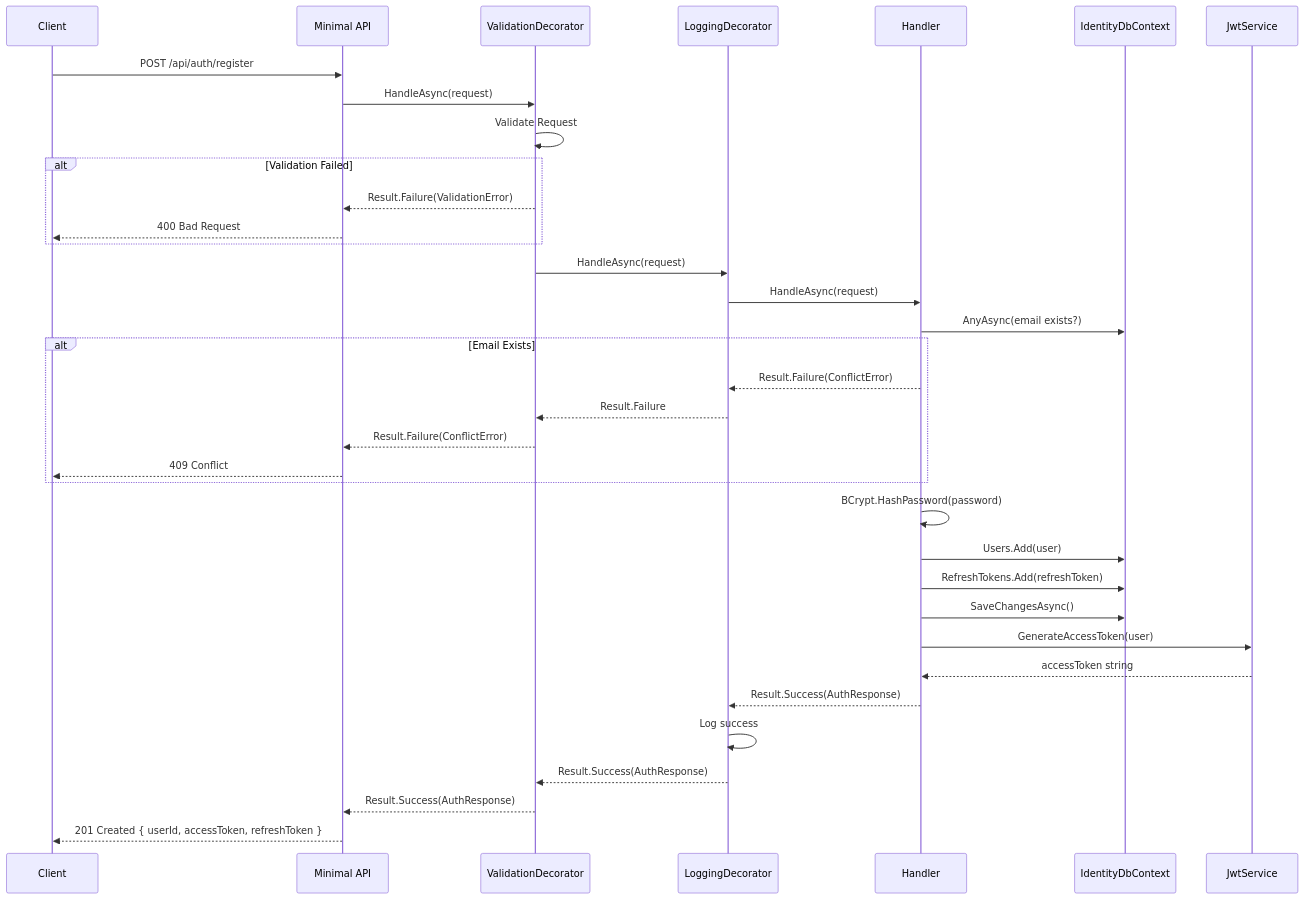
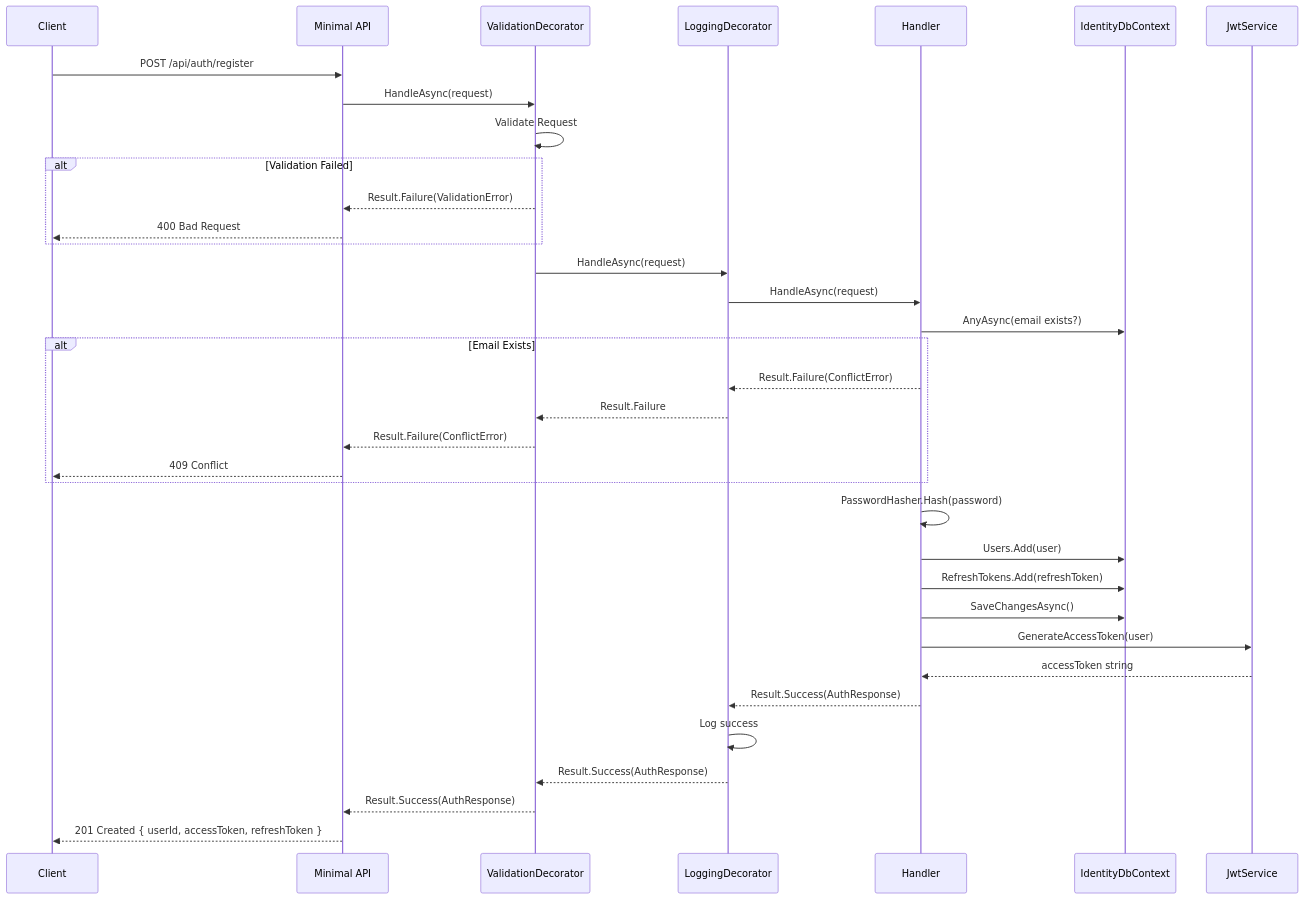
The first of 3 diagrams in docs/features/identity/register.md (AbanoubPhelopos/TailorCV), drawn with Mermaid before and after one commit. The commit also changed other lines of this file and 299 other files, not shown here.

````diff
--- a/docs/features/identity/register.md
+++ b/docs/features/identity/register.md
@@ -95,38 +95,38 @@
 ```mermaid
 sequenceDiagram
     participant C as Client
     participant API as Minimal API
     participant V as ValidationDecorator
     participant L as LoggingDecorator
     participant H as Handler
     participant DB as IdentityDbContext
     participant JWT as JwtService
 
     C->>API: POST /api/auth/register
     API->>V: HandleAsync(request)
     V->>V: Validate Request
     alt Validation Failed
         V-->>API: Result.Failure(ValidationError)
         API-->>C: 400 Bad Request
     end
     V->>L: HandleAsync(request)
     L->>H: HandleAsync(request)
     H->>DB: AnyAsync(email exists?)
     alt Email Exists
         H-->>L: Result.Failure(ConflictError)
         L-->>V: Result.Failure
         V-->>API: Result.Failure(ConflictError)
         API-->>C: 409 Conflict
     end
-    H->>H: BCrypt.HashPassword(password)
+    H->>H: PasswordHasher.Hash(password)
     H->>DB: Users.Add(user)
     H->>DB: RefreshTokens.Add(refreshToken)
     H->>DB: SaveChangesAsync()
     H->>JWT: GenerateAccessToken(user)
     JWT-->>H: accessToken string
     H-->>L: Result.Success(AuthResponse)
     L->>L: Log success
     L-->>V: Result.Success(AuthResponse)
     V-->>API: Result.Success(AuthResponse)
     API-->>C: 201 Created { userId, accessToken, refreshToken }
 ```
````
